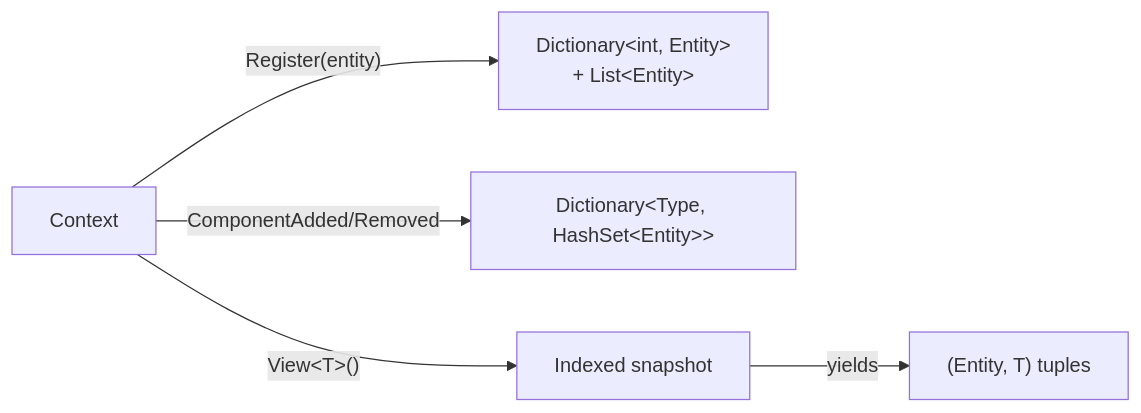
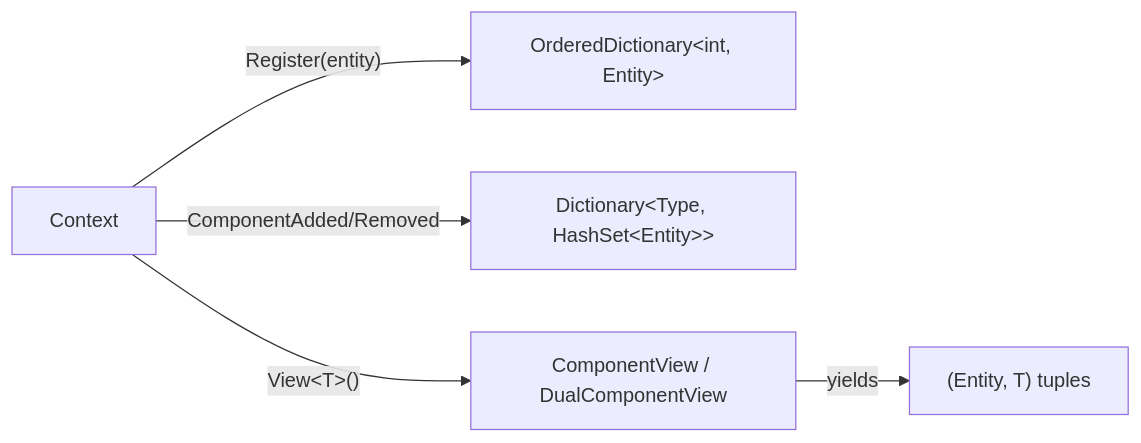
One commit to kateusz/GameEngine changed the third of 5 diagrams in docs/architecture/ecs-architecture.md. Above: the diagram before and after it, drawn with Mermaid. The commit also changed other lines of this file and 32 other files, not shown here.

````diff
--- a/docs/architecture/ecs-architecture.md
+++ b/docs/architecture/ecs-architecture.md
@@ -113,7 +117,7 @@
 ```mermaid
 graph LR
-    Context -->|"Register(entity)"| Storage["Dictionary&lt;int, Entity&gt;<br/>+ List&lt;Entity&gt;"]
+    Context -->|"Register(entity)"| Storage["OrderedDictionary&lt;int, Entity&gt;"]
     Context -->|"ComponentAdded/Removed"| Index["Dictionary&lt;Type, HashSet&lt;Entity&gt;&gt;"]
-    Context -->|"View&lt;T&gt;()"| Snapshot["Indexed snapshot"]
+    Context -->|"View&lt;T&gt;()"| Snapshot["ComponentView / DualComponentView"]
     Snapshot -->|yields| Tuples["(Entity, T) tuples"]
 ```
````
